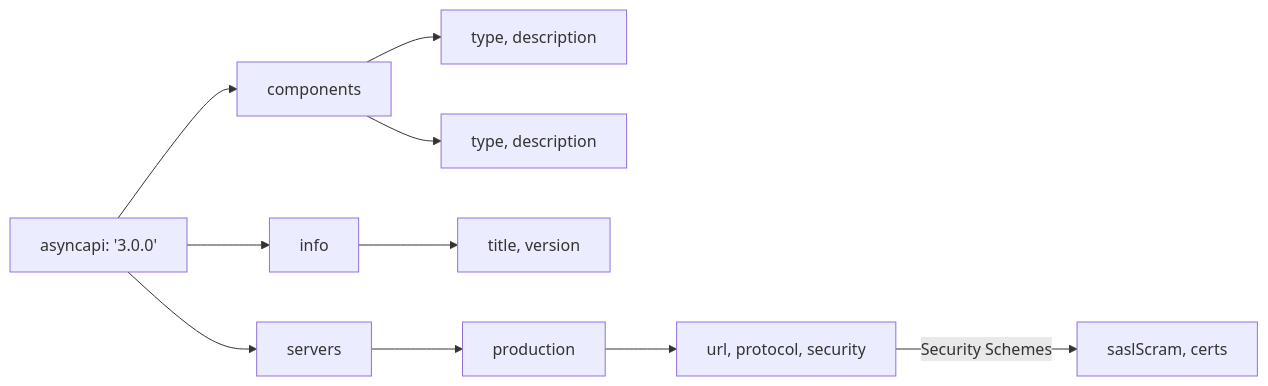
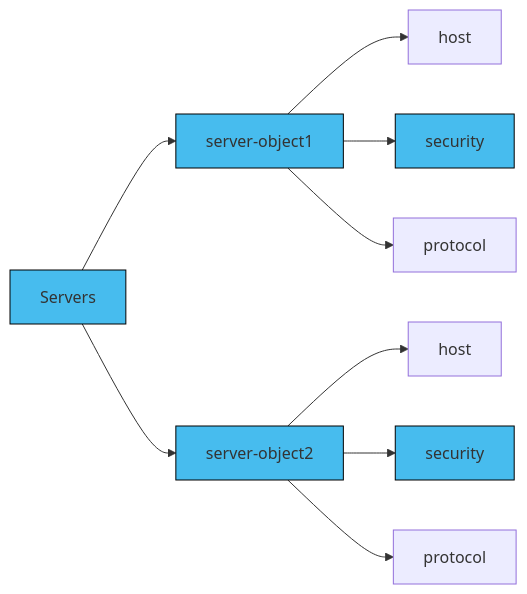
Before and after one commit to asyncapi/website: the diagram in pages/docs/concepts/asyncapi-document/server-security.md, drawn with Mermaid. The commit also changed other lines of this file, not shown here.

Commit message:
fix: update code example and diagram

````diff
--- a/pages/docs/concepts/asyncapi-document/server-security.md
+++ b/pages/docs/concepts/asyncapi-document/server-security.md
@@ -36,16 +42,27 @@
 ```mermaid
 graph LR
-  A[asyncapi: '3.0.0'] --> B[info]
-  A --> C[servers]
-  A --> D[components]
-  D --> I
-  D --> J
+  A[Servers]
+  B[server-object1]
+  C[server-object2]
+  F[host]
+  G[host]
+  H[protocol]
+  I[protocol]
+  D[security]
+  E[security]
 
-  B --> E[title, version]
+  A --> B
+  B --> F
+  C --> G
+  A --> C
+  B --> D
+  C --> E
+  B --> H
+  C --> I
 
-  C -->F[production]
-  F --> G[url, protocol, security]
-  G -->|Security Schemes| H[saslScram, certs]
-  I[type, description]
-  J[type, description]
+  style A fill:#47BCEE,stroke:#000;
+  style B fill:#47BCEE,stroke:#000;
+  style C fill:#47BCEE,stroke:#000;
+  style D fill:#47BCEE,stroke:#000;
+  style E fill:#47BCEE,stroke:#000
 ```
````
